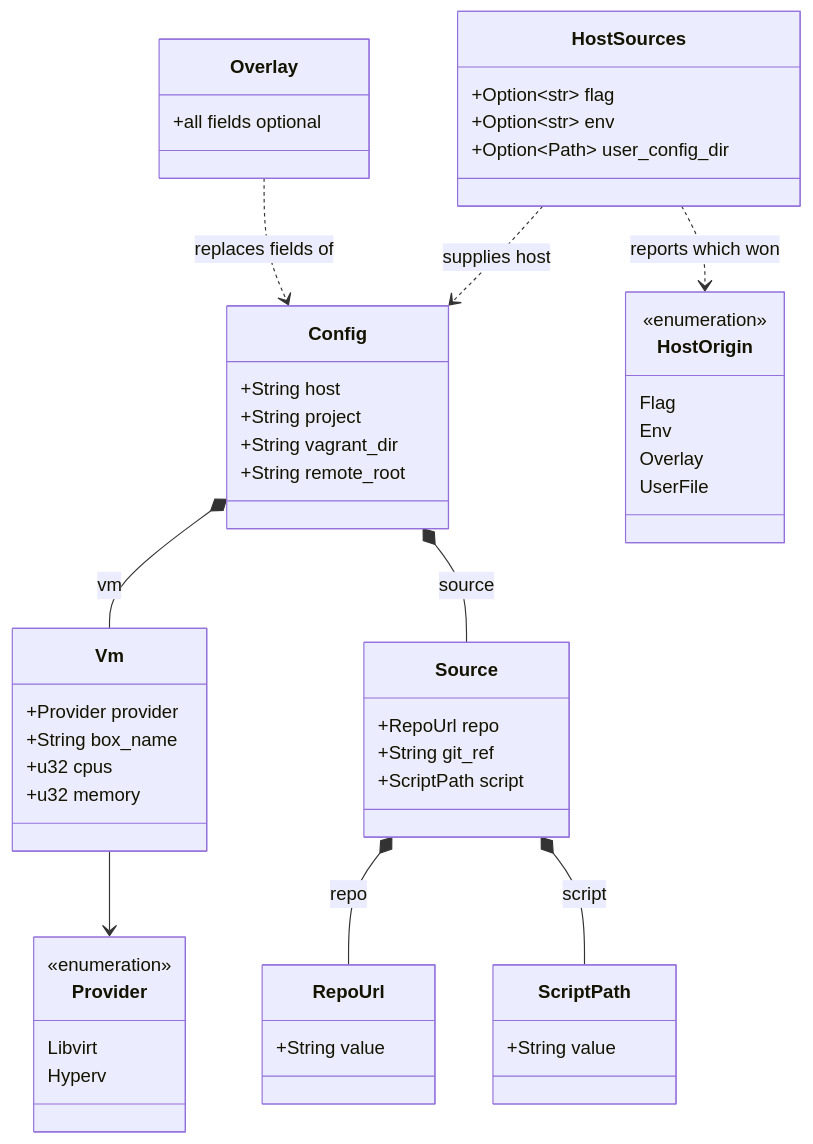
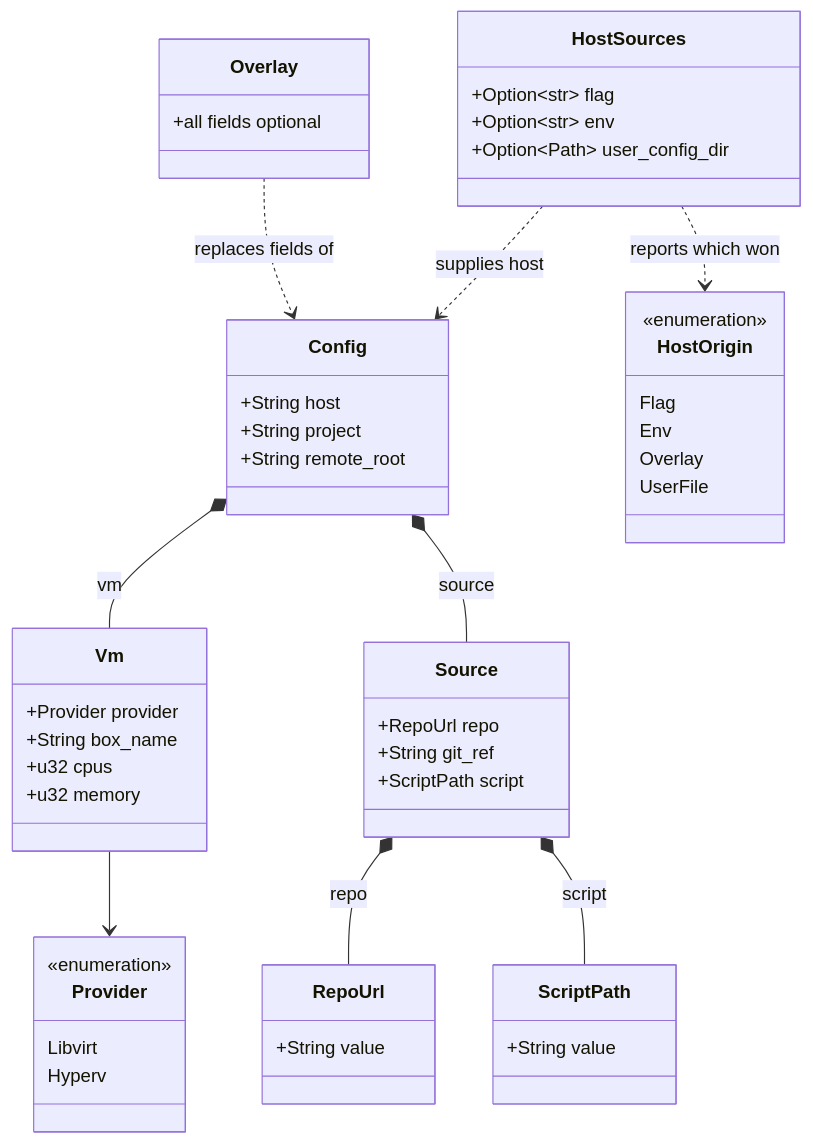
Before and after one commit to breki/bombyx: the third of 6 diagrams in docs/architecture.md, drawn with Mermaid. The commit also changed other lines of this file and 25 other files, not shown here.

````diff
--- a/docs/architecture.md
+++ b/docs/architecture.md
@@ -124,55 +127,54 @@
 ```mermaid
 classDiagram
   class Config {
     +String host
     +String project
-    +String vagrant_dir
     +String remote_root
   }
   class Vm {
     +Provider provider
     +String box_name
     +u32 cpus
     +u32 memory
   }
   class Source {
     +RepoUrl repo
     +String git_ref
     +ScriptPath script
   }
   class RepoUrl {
     +String value
   }
   class ScriptPath {
     +String value
   }
   class Provider {
     <<enumeration>>
     Libvirt
     Hyperv
   }
   class Overlay {
     +all fields optional
   }
   class HostSources {
     +Option~str~ flag
     +Option~str~ env
     +Option~Path~ user_config_dir
   }
   class HostOrigin {
     <<enumeration>>
     Flag
     Env
     Overlay
     UserFile
   }
 
   Config *-- Vm : vm
   Config *-- Source : source
   Vm --> Provider
   Source *-- RepoUrl : repo
   Source *-- ScriptPath : script
   Overlay ..> Config : replaces fields of
   HostSources ..> Config : supplies host
   HostSources ..> HostOrigin : reports which won
 ```
````
